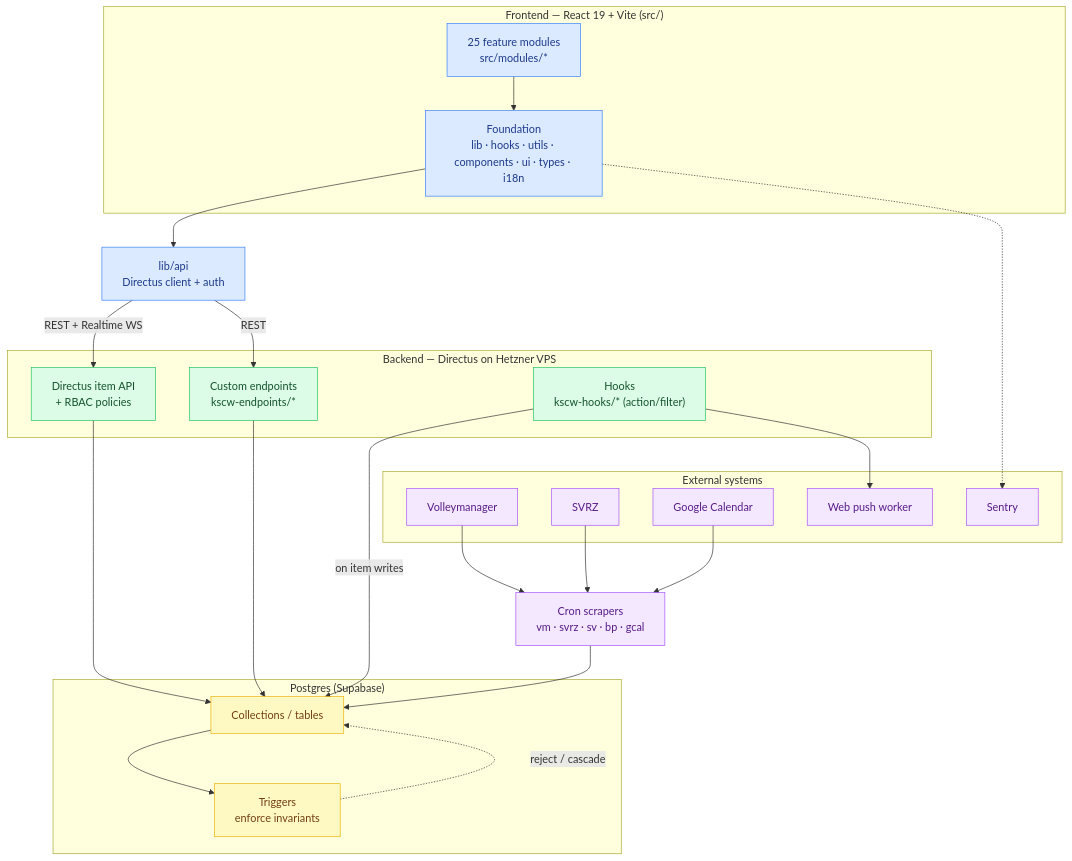
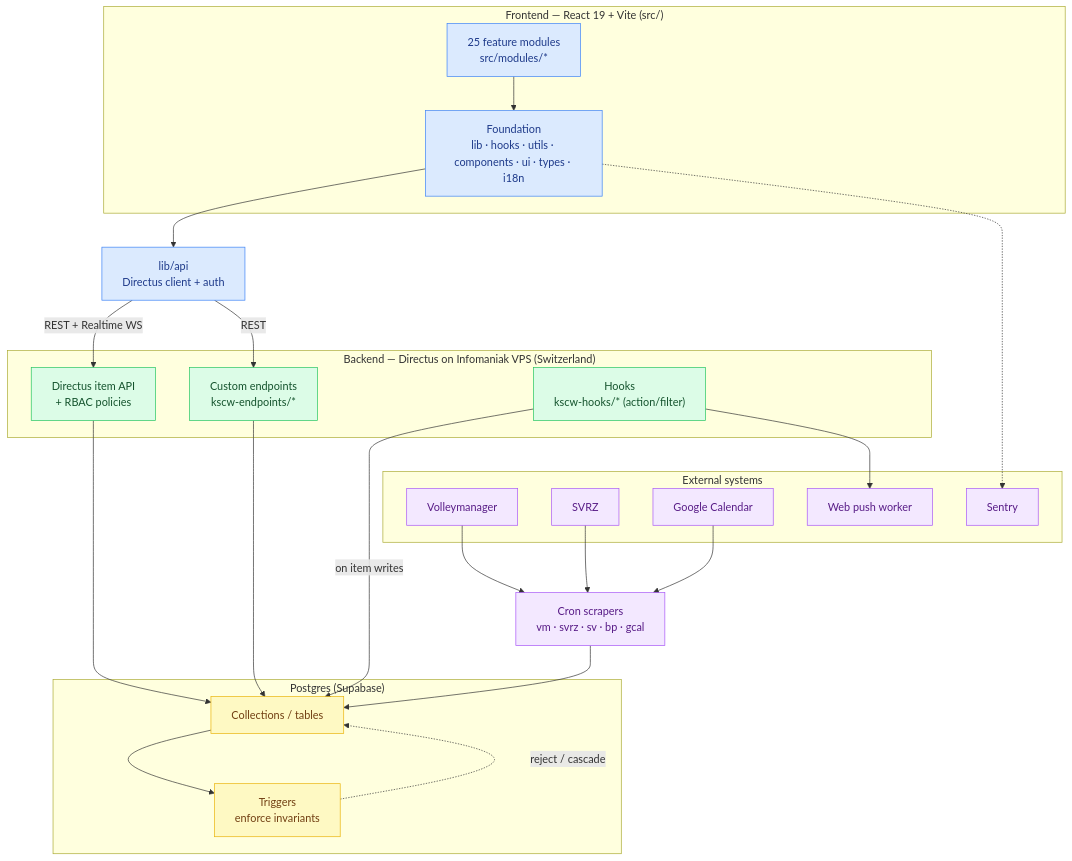
Before and after one commit to KSC-Wiedikon/wiedisync: the diagram in docs/code-graph/README.md, drawn with Mermaid. The commit also changed 13 other files, not shown here.

First line of the commit message:
docs(legal): name Infomaniak in Switzerland as the server host; v2.41.2

````diff
--- a/docs/code-graph/README.md
+++ b/docs/code-graph/README.md
@@ -25,53 +25,53 @@
 ```mermaid
 graph TD
   subgraph Frontend["Frontend — React 19 + Vite (src/)"]
     MODS["25 feature modules<br/>src/modules/*"]
     FOUND["Foundation<br/>lib · hooks · utils · components · ui · types · i18n"]
     MODS --> FOUND
   end
 
   API["lib/api<br/>Directus client + auth"]
   FOUND --> API
 
-  subgraph Backend["Backend — Directus on Hetzner VPS"]
+  subgraph Backend["Backend — Directus on Infomaniak VPS (Switzerland)"]
     ITEMS["Directus item API<br/>+ RBAC policies"]
     EP["Custom endpoints<br/>kscw-endpoints/*"]
     HK["Hooks<br/>kscw-hooks/* (action/filter)"]
   end
   API -->|REST + Realtime WS| ITEMS
   API -->|REST| EP
 
   subgraph DB["Postgres (Supabase)"]
     COLL["Collections / tables"]
     TRG["Triggers<br/>enforce invariants"]
   end
   ITEMS --> COLL
   EP --> COLL
   HK -->|on item writes| COLL
   COLL --> TRG
   TRG -.->|reject / cascade| COLL
 
   subgraph Ext["External systems"]
     VM["Volleymanager"]
     SVRZ["SVRZ"]
     GCAL["Google Calendar"]
     PUSH["Web push worker"]
     SENTRY["Sentry"]
   end
   CRON["Cron scrapers<br/>vm · svrz · sv · bp · gcal"]
   VM --> CRON
   SVRZ --> CRON
   GCAL --> CRON
   CRON --> COLL
   HK --> PUSH
   FOUND -.-> SENTRY
 
   classDef front fill:#dbeafe,stroke:#3b82f6,color:#1e3a8a;
   classDef back fill:#dcfce7,stroke:#22c55e,color:#14532d;
   classDef db fill:#fef9c3,stroke:#eab308,color:#713f12;
   classDef ext fill:#f3e8ff,stroke:#a855f7,color:#581c87;
   class MODS,FOUND,API front;
   class ITEMS,EP,HK back;
   class COLL,TRG db;
   class VM,SVRZ,GCAL,PUSH,SENTRY,CRON ext;
 ```
````
